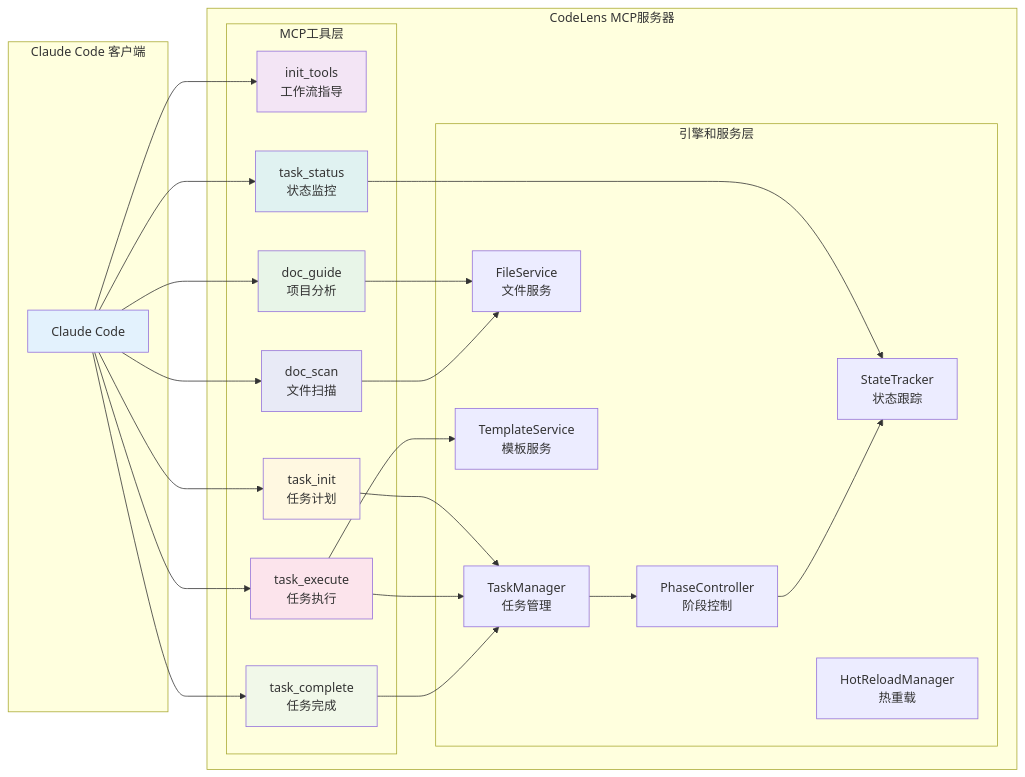
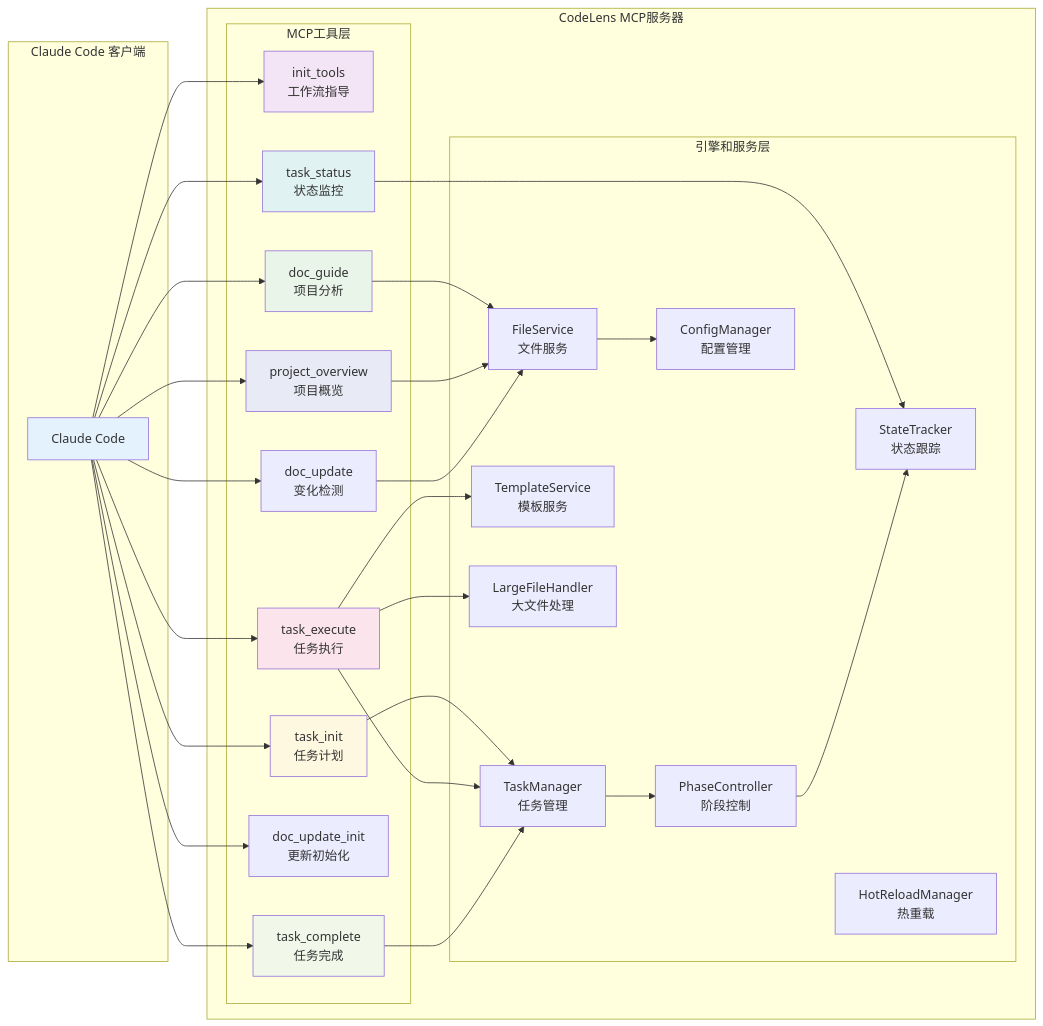
One commit to MGX-LJY/CodeLens changed the second of 15 diagrams in docs/architecture/data-flow.md. Above: the diagram before and after it, drawn with Mermaid. The commit also changed other lines of this file and 36 other files, not shown here.

````diff
--- a/docs/architecture/data-flow.md
+++ b/docs/architecture/data-flow.md
@@ -33,55 +33,64 @@
 ```mermaid
 graph LR
     subgraph "Claude Code 客户端"
         CC[Claude Code]
     end
     
     subgraph "CodeLens MCP服务器"
         subgraph "MCP工具层"
             IT[init_tools<br/>工作流指导]
             DG[doc_guide<br/>项目分析]
             TI[task_init<br/>任务计划]
             TE[task_execute<br/>任务执行]
             TS[task_status<br/>状态监控]
             TC[task_complete<br/>任务完成]
-            DS[doc_scan<br/>文件扫描]
+            PO[project_overview<br/>项目概览]
+            DUI[doc_update_init<br/>更新初始化]
+            DU[doc_update<br/>变化检测]
         end
         
         subgraph "引擎和服务层"
             TM[TaskManager<br/>任务管理]
             PC[PhaseController<br/>阶段控制]
             ST[StateTracker<br/>状态跟踪]
             FS[FileService<br/>文件服务]
             TS2[TemplateService<br/>模板服务]
             HR[HotReloadManager<br/>热重载]
+            LFH[LargeFileHandler<br/>大文件处理]
+            CM[ConfigManager<br/>配置管理]
         end
     end
     
     CC --> IT
     CC --> DG
     CC --> TI
     CC --> TE
     CC --> TS
     CC --> TC
-    CC --> DS
+    CC --> PO
+    CC --> DUI
+    CC --> DU
     
     DG --> FS
     TI --> TM
     TE --> TM
     TE --> TS2
+    TE --> LFH
     TS --> ST
     TC --> TM
-    DS --> FS
+    PO --> FS
+    DU --> FS
     
     TM --> PC
     PC --> ST
+    FS --> CM
     
     style CC fill:#e3f2fd
     style IT fill:#f3e5f5
     style DG fill:#e8f5e8
     style TI fill:#fff8e1
     style TE fill:#fce4ec
     style TS fill:#e0f2f1
     style TC fill:#f1f8e9
-    style DS fill:#e8eaf6
+    style PO fill:#e8eaf6
 ```
````
